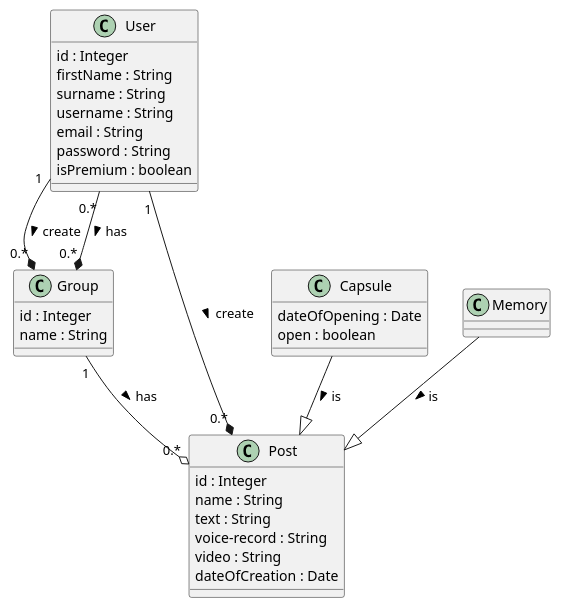
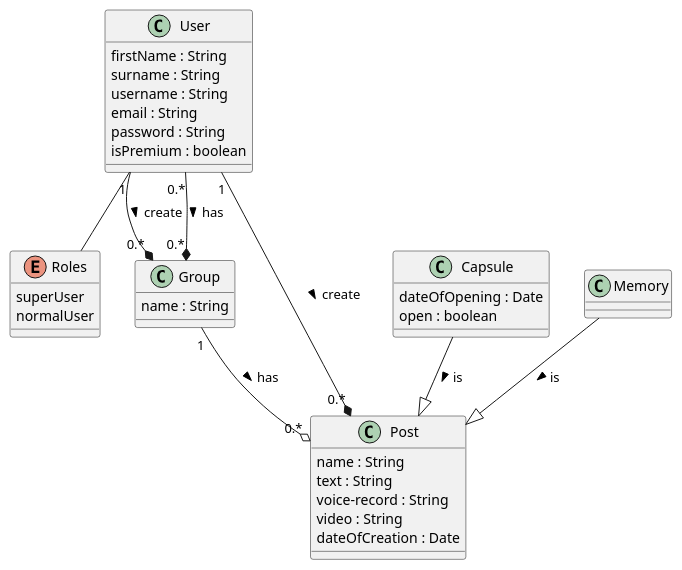
One commit to ofgot/TimeKeep changed the diagram in TimeKeep/EAR.puml. Above: the diagram before and after it, drawn with PlantUML. The commit also changed 9 other files, not shown here.

```diff
--- a/TimeKeep/EAR.puml
+++ b/TimeKeep/EAR.puml
@@ -1,44 +1,47 @@
 @startuml
 
+enum "Roles"{
+    superUser
+    normalUser
+}
+
 class "User"{
-    id : Integer
     firstName : String
     surname : String
     username : String
     email : String
     password : String
     isPremium : boolean
 }
 
 class "Group" {
-    id : Integer
     name : String
 }
 
 class "Post" {
-    id : Integer
     name : String
     text : String
     voice-record : String
     video : String
     dateOfCreation : Date
 }
 
 class "Capsule" {
     dateOfOpening : Date
     open : boolean
 }
 
 class "Memory" {
 
 }
 
 Memory --|> Post : is >
 Capsule  --|> Post : is >
 
+User -- Roles
 User "1" --* "0.*" Group : create >
 User "0.*" --* "0.*" Group : has >
 User "1" --* "0.*" Post : create >
 Group "1" --o "0.*" Post : has >
 
 @enduml
```
